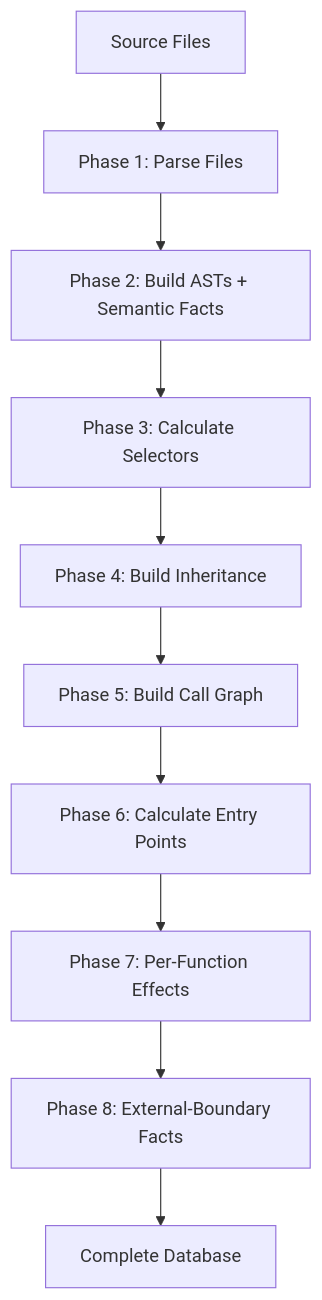
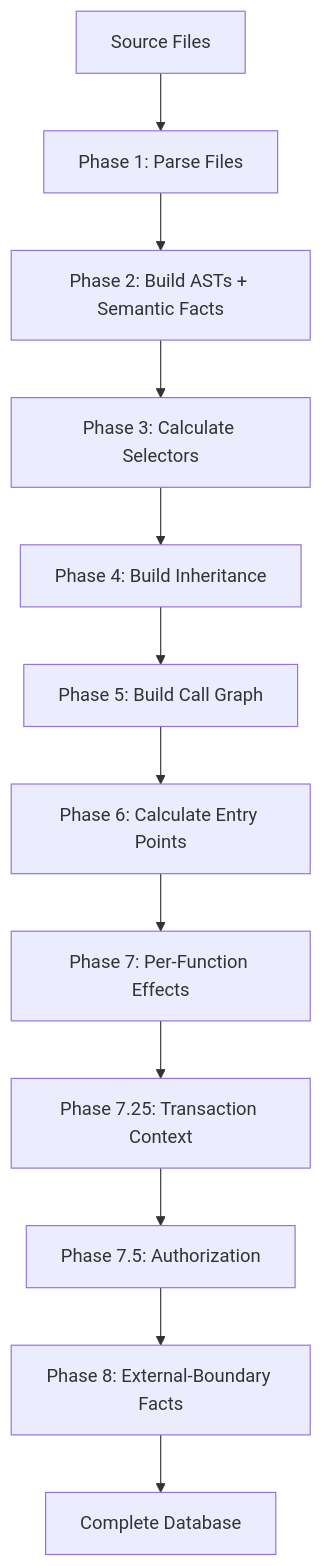
One commit to th13vn/w3goaudit changed the second of 8 diagrams in docs/workflows.md. Above: the diagram before and after it, drawn with Mermaid. The commit also changed other lines of this file and 11 other files, not shown here.

First line of the commit message:
docs: explain transaction context evidence

````diff
--- a/docs/workflows.md
+++ b/docs/workflows.md
@@ -153,12 +176,14 @@
 ```mermaid
 graph TD
     A[Source Files] --> B[Phase 1: Parse Files]
     B --> C[Phase 2: Build ASTs + Semantic Facts]
     C --> D[Phase 3: Calculate Selectors]
     D --> E[Phase 4: Build Inheritance]
     E --> F[Phase 5: Build Call Graph]
     F --> G[Phase 6: Calculate Entry Points]
     G --> G2[Phase 7: Per-Function Effects]
-    G2 --> G3[Phase 8: External-Boundary Facts]
+    G2 --> G25[Phase 7.25: Transaction Context]
+    G25 --> G5[Phase 7.5: Authorization]
+    G5 --> G3[Phase 8: External-Boundary Facts]
     G3 --> H[Complete Database]
 ```
````
